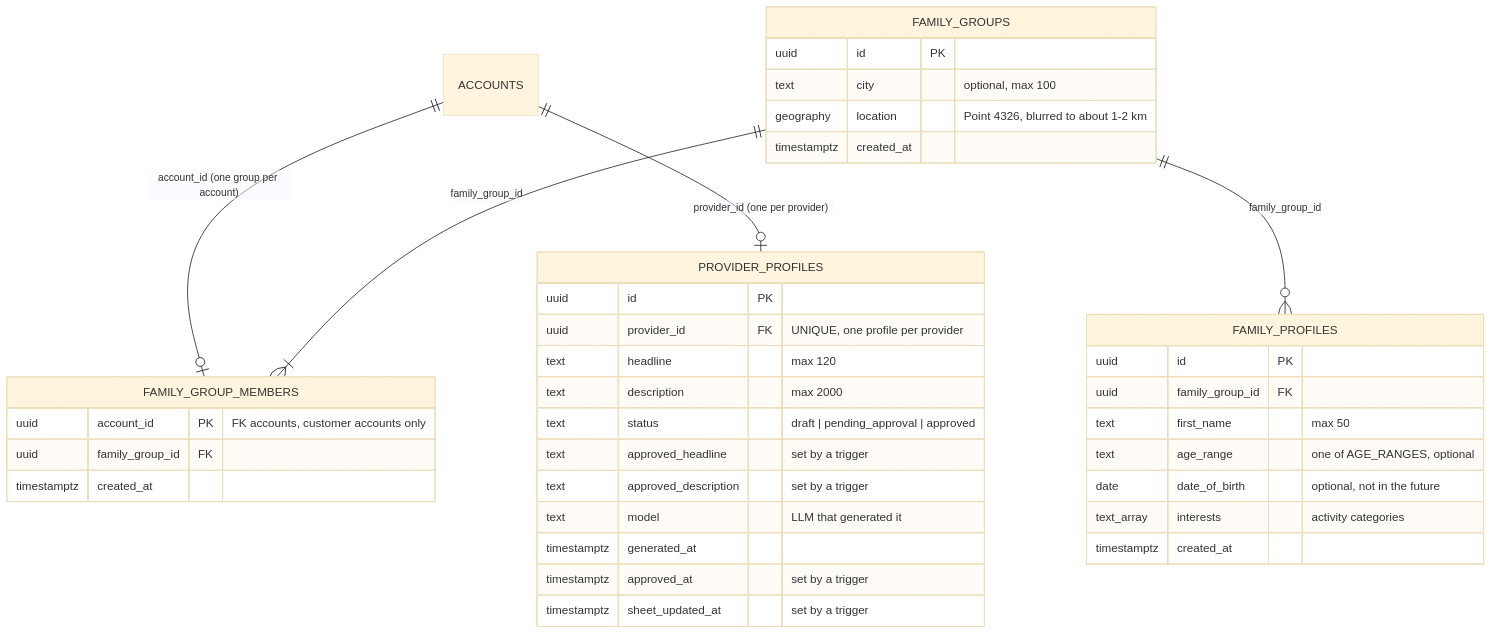
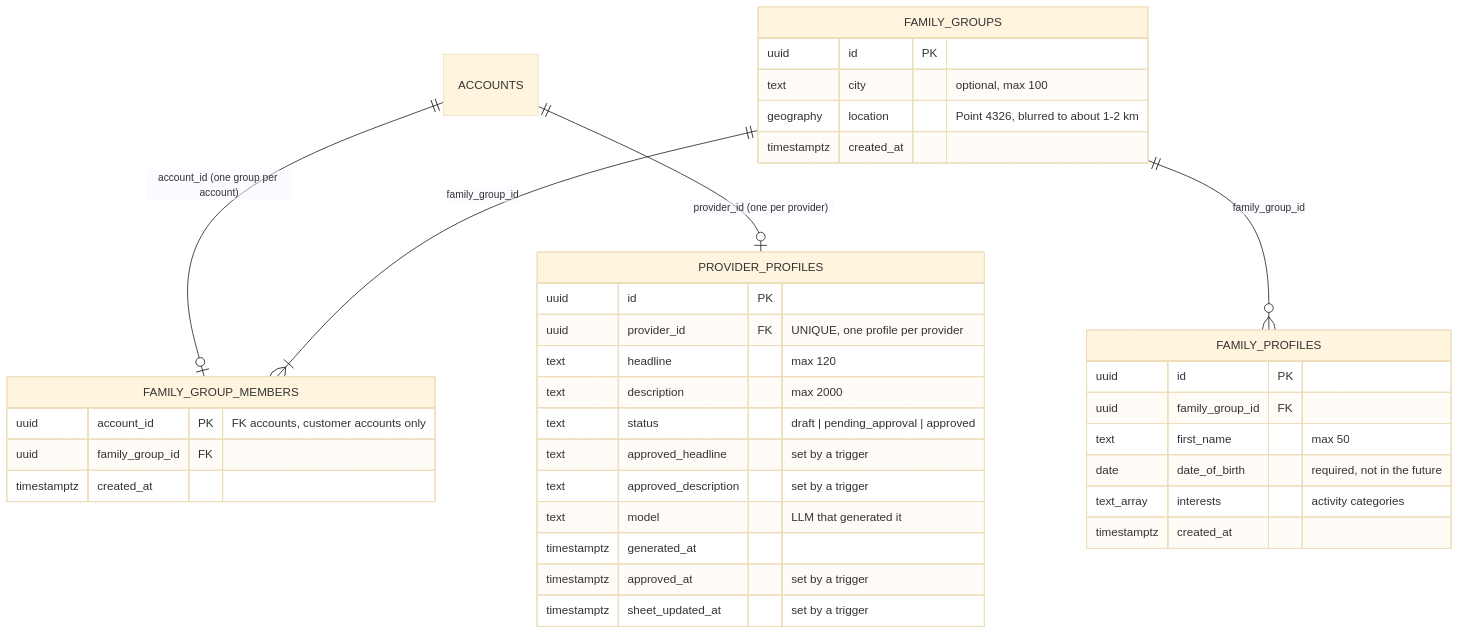
One commit to ednasolans/AfterBell changed the second of 2 diagrams in docs/decisions/database.md. Above: the diagram before and after it, drawn with Mermaid (base theme). The commit also changed other lines of this file and 6 other files, not shown here.

Commit message:
docs: document the date of birth of family profiles (#151)

````diff
--- a/docs/decisions/database.md
+++ b/docs/decisions/database.md
@@ -128,41 +128,40 @@
 ```mermaid
 erDiagram
     ACCOUNTS ||--o| FAMILY_GROUP_MEMBERS : "account_id (one group per account)"
     FAMILY_GROUPS ||--|{ FAMILY_GROUP_MEMBERS : "family_group_id"
     FAMILY_GROUPS ||--o{ FAMILY_PROFILES : "family_group_id"
     ACCOUNTS ||--o| PROVIDER_PROFILES : "provider_id (one per provider)"
 
     FAMILY_GROUPS {
         uuid id PK
         text city "optional, max 100"
         geography location "Point 4326, blurred to about 1-2 km"
         timestamptz created_at
     }
     FAMILY_GROUP_MEMBERS {
         uuid account_id PK "FK accounts, customer accounts only"
         uuid family_group_id FK
         timestamptz created_at
     }
     FAMILY_PROFILES {
         uuid id PK
         uuid family_group_id FK
         text first_name "max 50"
-        text age_range "one of AGE_RANGES, optional"
-        date date_of_birth "optional, not in the future"
+        date date_of_birth "required, not in the future"
         text_array interests "activity categories"
         timestamptz created_at
     }
     PROVIDER_PROFILES {
         uuid id PK
         uuid provider_id FK "UNIQUE, one profile per provider"
         text headline "max 120"
         text description "max 2000"
         text status "draft | pending_approval | approved"
         text approved_headline "set by a trigger"
         text approved_description "set by a trigger"
         text model "LLM that generated it"
         timestamptz generated_at
         timestamptz approved_at "set by a trigger"
         timestamptz sheet_updated_at "set by a trigger"
     }
 ```
````
